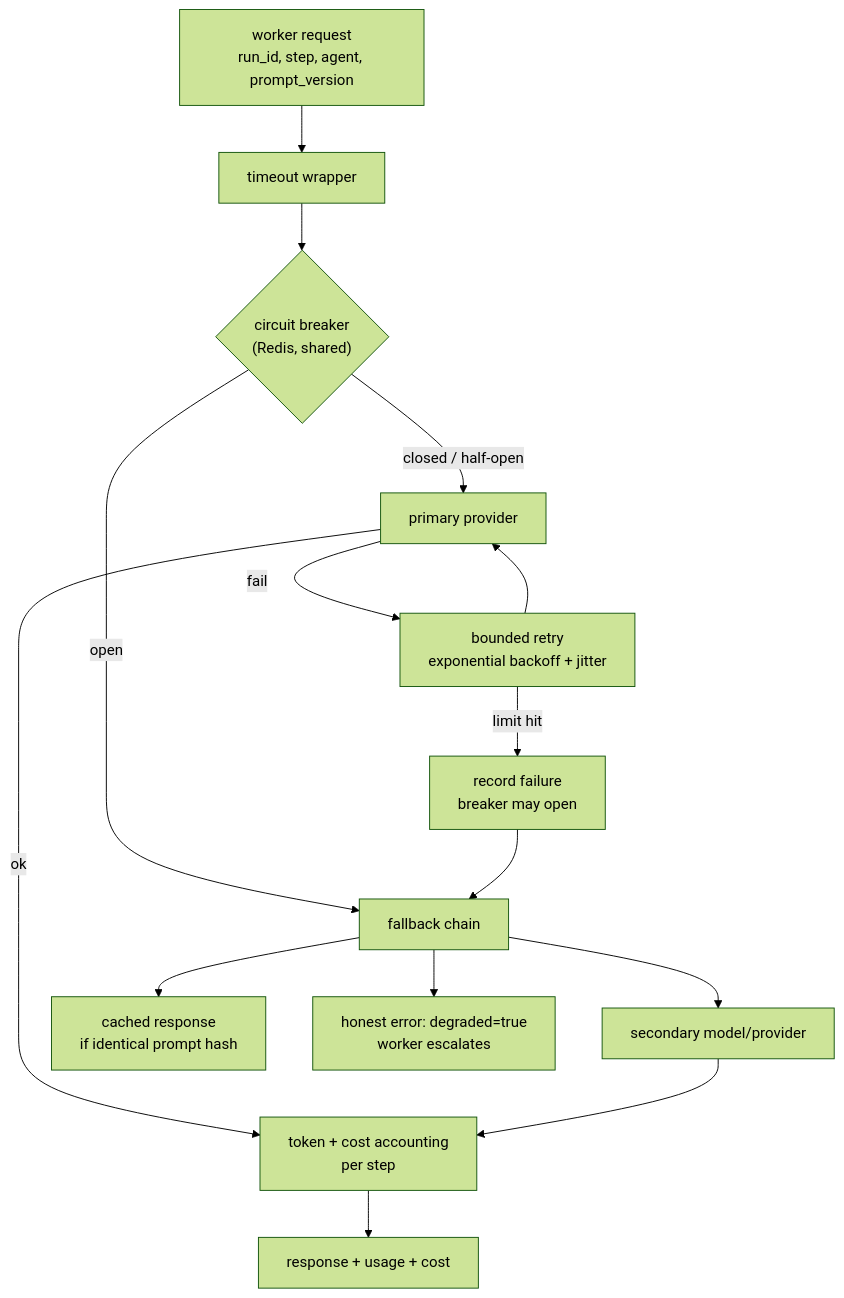
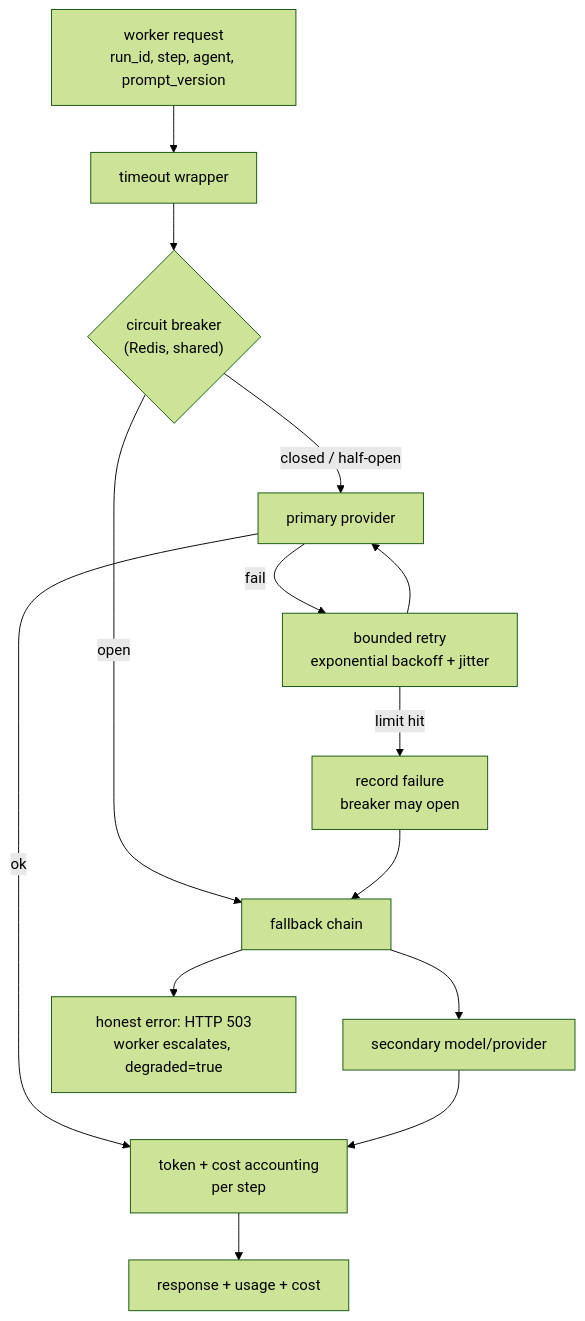
The fifth of 5 diagrams in docs/ARCHITECTURE.md (Mitxh13/orcas), drawn with Mermaid (forest theme) before and after one commit. The commit also changed other lines of this file and 9 other files, not shown here.

````diff
--- a/docs/ARCHITECTURE.md
+++ b/docs/ARCHITECTURE.md
@@ -215,17 +218,16 @@
 ```mermaid
 flowchart TD
     REQ["worker request<br/>run_id, step, agent, prompt_version"] --> RL["timeout wrapper"]
     RL --> CB{"circuit breaker<br/>(Redis, shared)"}
     CB -->|"closed / half-open"| P1["primary provider"]
     P1 -->|"fail"| BO["bounded retry<br/>exponential backoff + jitter"]
     BO --> P1
     BO -->|"limit hit"| CB2["record failure<br/>breaker may open"]
     CB -->|"open"| FB
     CB2 --> FB["fallback chain"]
     FB --> P2["secondary model/provider"]
-    FB --> CACHE["cached response<br/>if identical prompt hash"]
-    FB --> ERR["honest error: degraded=true<br/>worker escalates"]
+    FB --> ERR["honest error: HTTP 503<br/>worker escalates, degraded=true"]
     P1 -->|"ok"| ACC["token + cost accounting<br/>per step"]
     P2 --> ACC
     ACC --> OUT["response + usage + cost"]
 ```
````
